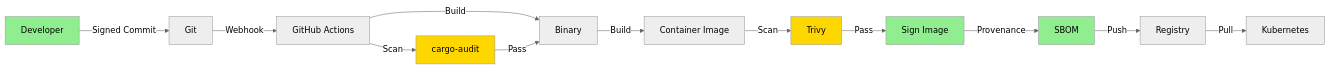
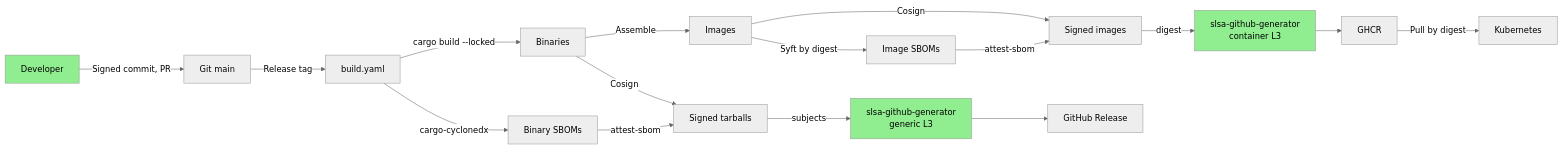
Before and after one commit to firestoned/bindy: the ninth of 9 diagrams in docs/src/security/architecture.md, drawn with Mermaid (neutral theme). The commit also changed other lines of this file and 211 other files, not shown here.

First line of the commit message:
refactor(workspace): Cargo workspace with leaf bindy-api crate (ADR-0009, roadmap 01 Phase A) (#519)

````diff
--- a/docs/src/security/architecture.md
+++ b/docs/src/security/architecture.md
@@ -720,20 +724,22 @@
 ```mermaid
 flowchart LR
-    A[Developer] -->|Signed Commit| B[Git]
-    B -->|Webhook| C[GitHub Actions]
-    C -->|Build| D[Binary]
-    C -->|Scan| E[cargo-audit]
-    E -->|Pass| D
-    D -->|Build| F[Container Image]
-    F -->|Scan| G[Trivy]
-    G -->|Pass| H[Sign Image]
-    H -->|Provenance| I[SBOM]
-    I -->|Push| J[Registry]
-    J -->|Pull| K[Kubernetes]
+    A[Developer] -->|Signed commit, PR| B[Git main]
+    B -->|Release tag| C[build.yaml]
+    C -->|cargo build --locked| D[Binaries]
+    C -->|cargo-cyclonedx| S[Binary SBOMs]
+    D -->|Assemble| F[Images]
+    F -->|Syft by digest| T[Image SBOMs]
+    D -->|Cosign| G[Signed tarballs]
+    F -->|Cosign| H[Signed images]
+    S -->|attest-sbom| G
+    T -->|attest-sbom| H
+    G -->|subjects| P[slsa-github-generator<br/>generic L3]
+    H -->|digest| Q[slsa-github-generator<br/>container L3]
+    P --> R[GitHub Release]
+    Q --> J[GHCR]
+    J -->|Pull by digest| K[Kubernetes]
 
     style A fill:#90EE90
-    style E fill:#FFD700
-    style G fill:#FFD700
-    style H fill:#90EE90
-    style I fill:#90EE90
+    style P fill:#90EE90
+    style Q fill:#90EE90
 ```
````
